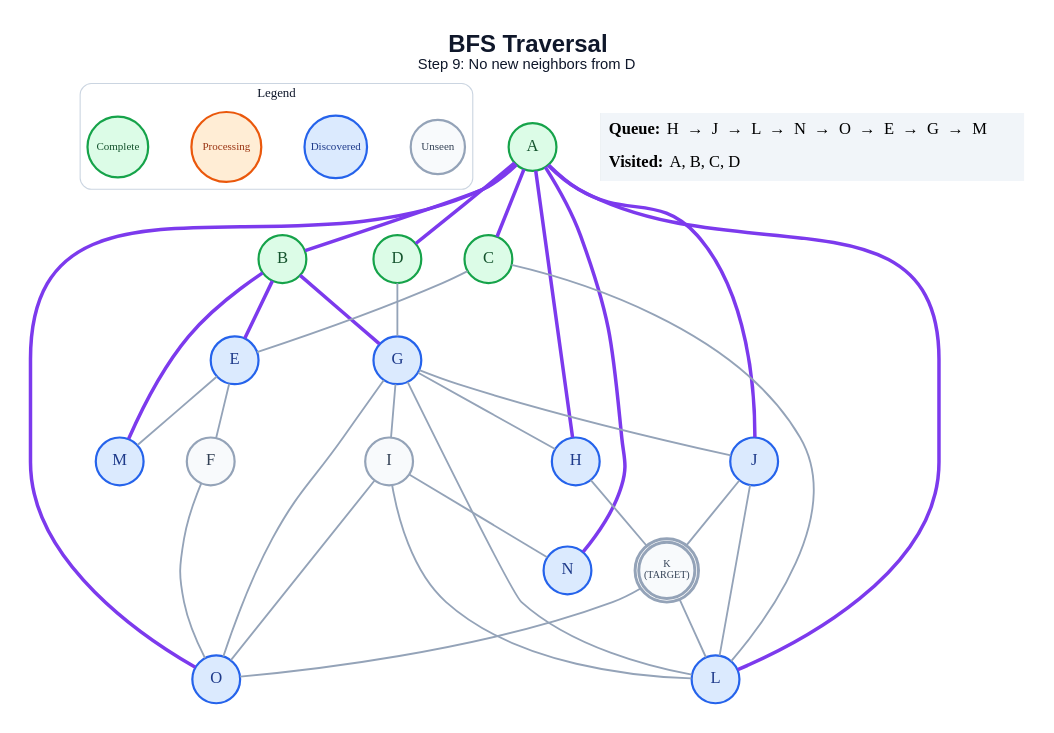
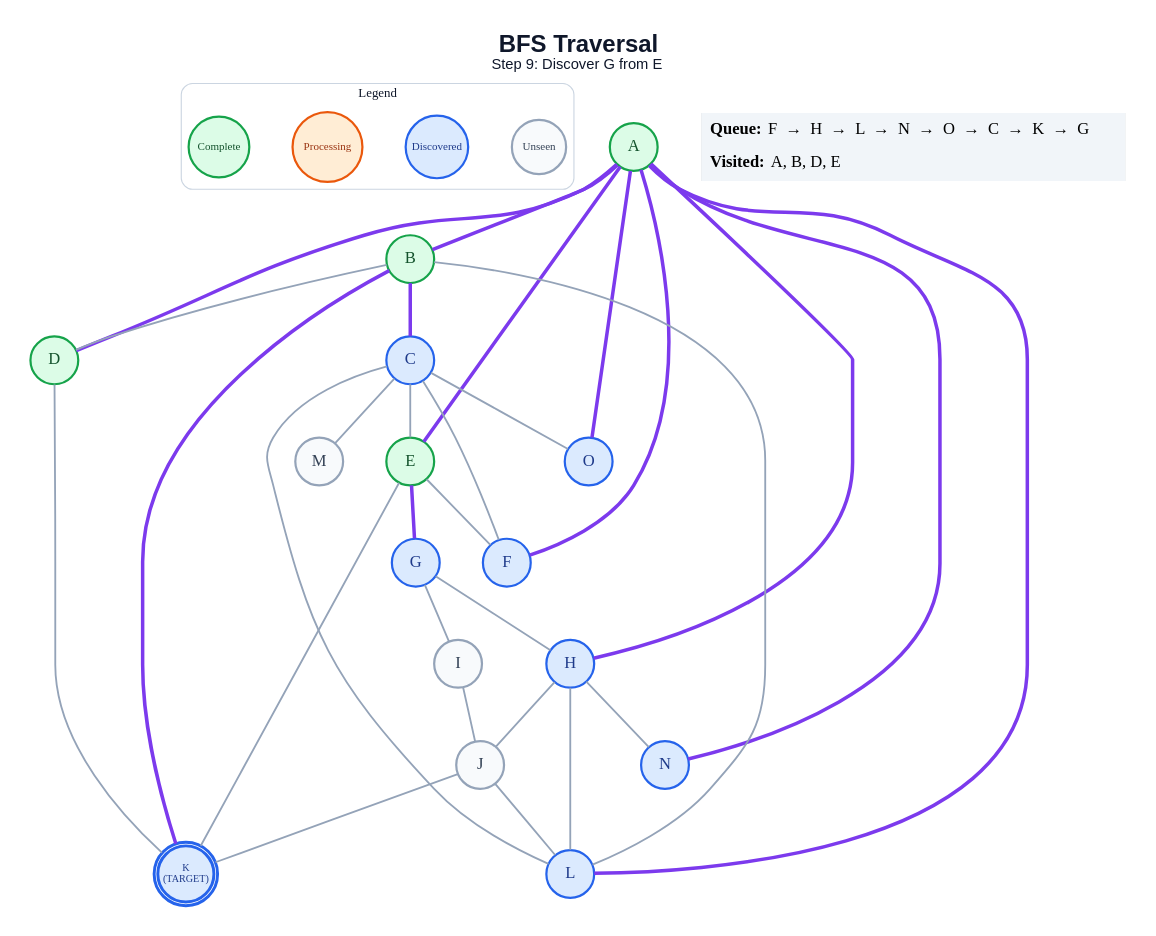
Before and after one commit to anon7238593-create/ai-slop: the diagram in generated/specific-node/bfs/step_09.dot, drawn with Graphviz. The commit also changed 293 other files, not shown here.

```diff
--- a/generated/specific-node/bfs/step_09.dot
+++ b/generated/specific-node/bfs/step_09.dot
@@ -1,64 +1,63 @@
 graph traversal {
   graph [layout=dot, rankdir=TB, bgcolor="#FFFFFF", pad="0.35", nodesep="0.65", ranksep="0.8", fontname="Arial"];
   node [shape=circle, style="filled", fontname="Arial Bold", fontsize=18, width=0.72, fixedsize=true, penwidth=2.4];
   edge [color="#94A3B8", penwidth=2.0];
-  label=<<B>BFS Traversal</B><BR/><FONT POINT-SIZE="16">Step 9: No new neighbors from D</FONT>>; labelloc="t"; fontsize=26; fontname="Arial"; fontcolor="#0F172A";
+  label=<<B>BFS Traversal</B><BR/><FONT POINT-SIZE="16">Step 9: Discover G from E</FONT>>; labelloc="t"; fontsize=26; fontname="Arial"; fontcolor="#0F172A";
   subgraph cluster_legend { label="Legend"; color="#CBD5E1"; penwidth=1.2; style="rounded"; fontsize=14; fontname="Arial Bold";
     key_unseen [label="Unseen", fillcolor="#F8FAFC", color="#94A3B8", fontcolor="#334155", fontsize=12, width=0.82];
     key_frontier [label="Discovered", fillcolor="#DBEAFE", color="#2563EB", fontcolor="#1E3A8A", fontsize=12, width=0.95];
     key_current [label="Processing", fillcolor="#FFEDD5", color="#EA580C", fontcolor="#9A3412", fontsize=12, width=1.05];
     key_done [label="Complete", fillcolor="#DCFCE7", color="#16A34A", fontcolor="#14532D", fontsize=12, width=0.92];
     { rank=same; key_unseen; key_frontier; key_current; key_done; }
   }
   A [label="A", fillcolor="#DCFCE7", color="#16A34A", fontcolor="#14532D", peripheries=1, penwidth=2.4];
   B [label="B", fillcolor="#DCFCE7", color="#16A34A", fontcolor="#14532D", peripheries=1, penwidth=2.4];
-  C [label="C", fillcolor="#DCFCE7", color="#16A34A", fontcolor="#14532D", peripheries=1, penwidth=2.4];
+  C [label="C", fillcolor="#DBEAFE", color="#2563EB", fontcolor="#1E3A8A", peripheries=1, penwidth=2.4];
   D [label="D", fillcolor="#DCFCE7", color="#16A34A", fontcolor="#14532D", peripheries=1, penwidth=2.4];
-  E [label="E", fillcolor="#DBEAFE", color="#2563EB", fontcolor="#1E3A8A", peripheries=1, penwidth=2.4];
-  F [label="F", fillcolor="#F8FAFC", color="#94A3B8", fontcolor="#334155", peripheries=1, penwidth=2.4];
+  E [label="E", fillcolor="#DCFCE7", color="#16A34A", fontcolor="#14532D", peripheries=1, penwidth=2.4];
+  F [label="F", fillcolor="#DBEAFE", color="#2563EB", fontcolor="#1E3A8A", peripheries=1, penwidth=2.4];
   G [label="G", fillcolor="#DBEAFE", color="#2563EB", fontcolor="#1E3A8A", peripheries=1, penwidth=2.4];
   H [label="H", fillcolor="#DBEAFE", color="#2563EB", fontcolor="#1E3A8A", peripheries=1, penwidth=2.4];
   I [label="I", fillcolor="#F8FAFC", color="#94A3B8", fontcolor="#334155", peripheries=1, penwidth=2.4];
-  J [label="J", fillcolor="#DBEAFE", color="#2563EB", fontcolor="#1E3A8A", peripheries=1, penwidth=2.4];
-  K [label="K\n(TARGET)", fillcolor="#F8FAFC", color="#94A3B8", fontcolor="#334155", peripheries=2, penwidth=3.2, fontsize=11, width=0.85, height=0.85];
+  J [label="J", fillcolor="#F8FAFC", color="#94A3B8", fontcolor="#334155", peripheries=1, penwidth=2.4];
+  K [label="K\n(TARGET)", fillcolor="#DBEAFE", color="#2563EB", fontcolor="#1E3A8A", peripheries=2, penwidth=3.2, fontsize=11, width=0.85, height=0.85];
   L [label="L", fillcolor="#DBEAFE", color="#2563EB", fontcolor="#1E3A8A", peripheries=1, penwidth=2.4];
-  M [label="M", fillcolor="#DBEAFE", color="#2563EB", fontcolor="#1E3A8A", peripheries=1, penwidth=2.4];
+  M [label="M", fillcolor="#F8FAFC", color="#94A3B8", fontcolor="#334155", peripheries=1, penwidth=2.4];
   N [label="N", fillcolor="#DBEAFE", color="#2563EB", fontcolor="#1E3A8A", peripheries=1, penwidth=2.4];
   O [label="O", fillcolor="#DBEAFE", color="#2563EB", fontcolor="#1E3A8A", peripheries=1, penwidth=2.4];
   A -- B [color="#7C3AED", penwidth=3.8];
-  A -- C [color="#7C3AED", penwidth=3.8];
   A -- D [color="#7C3AED", penwidth=3.8];
+  A -- E [color="#7C3AED", penwidth=3.8];
+  A -- F [color="#7C3AED", penwidth=3.8];
   A -- H [color="#7C3AED", penwidth=3.8];
-  A -- J [color="#7C3AED", penwidth=3.8];
   A -- L [color="#7C3AED", penwidth=3.8];
   A -- N [color="#7C3AED", penwidth=3.8];
   A -- O [color="#7C3AED", penwidth=3.8];
-  B -- E [color="#7C3AED", penwidth=3.8];
-  B -- G [color="#7C3AED", penwidth=3.8];
-  B -- M [color="#7C3AED", penwidth=3.8];
+  B -- C [color="#7C3AED", penwidth=3.8];
+  B -- D;
+  B -- K [color="#7C3AED", penwidth=3.8];
+  B -- L;
   C -- E;
+  C -- F;
   C -- L;
-  D -- G;
+  C -- M;
+  C -- O;
+  D -- K;
   E -- F;
-  E -- M;
-  F -- O;
+  E -- G [color="#7C3AED", penwidth=3.8];
+  E -- K;
   G -- H;
   G -- I;
-  G -- J;
-  G -- L;
-  G -- O;
-  H -- K;
-  I -- L;
-  I -- N;
-  I -- O;
+  H -- J;
+  H -- L;
+  H -- N;
+  I -- J;
   J -- K;
   J -- L;
-  K -- L;
-  K -- O;
   status [shape=plain, fixedsize=false, width=0, height=0, margin=0, label=<
     <TABLE BORDER="0" CELLBORDER="0" CELLPADDING="7" BGCOLOR="#F1F5F9">
-      <TR><TD ALIGN="LEFT"><B>Queue:</B> H  →  J  →  L  →  N  →  O  →  E  →  G  →  M</TD></TR>
-      <TR><TD ALIGN="LEFT"><B>Visited:</B> A, B, C, D</TD></TR>
+      <TR><TD ALIGN="LEFT"><B>Queue:</B> F  →  H  →  L  →  N  →  O  →  C  →  K  →  G</TD></TR>
+      <TR><TD ALIGN="LEFT"><B>Visited:</B> A, B, D, E</TD></TR>
     </TABLE>
   >];
 }
```
